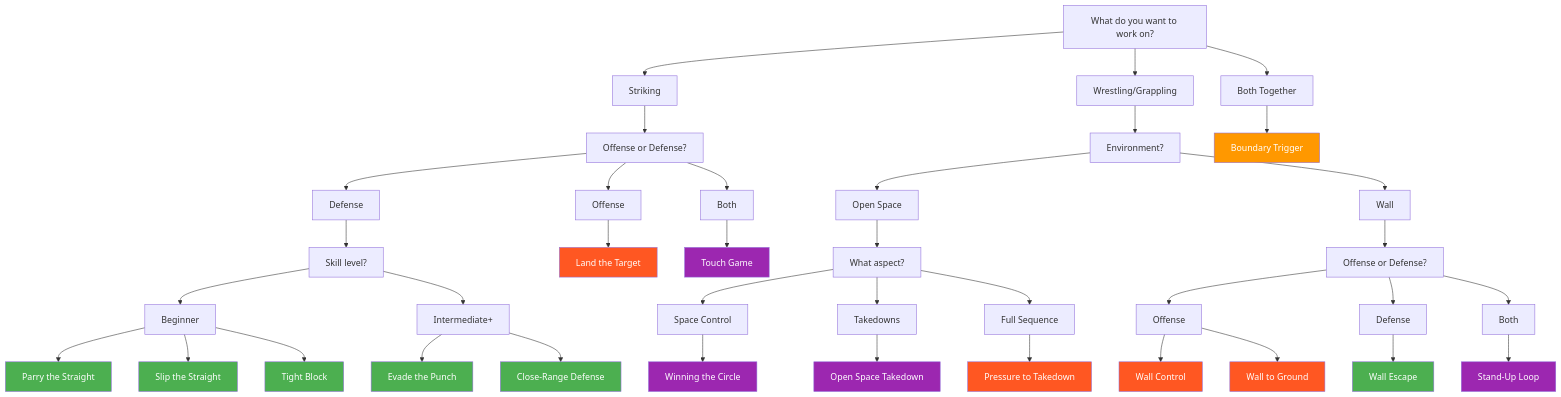
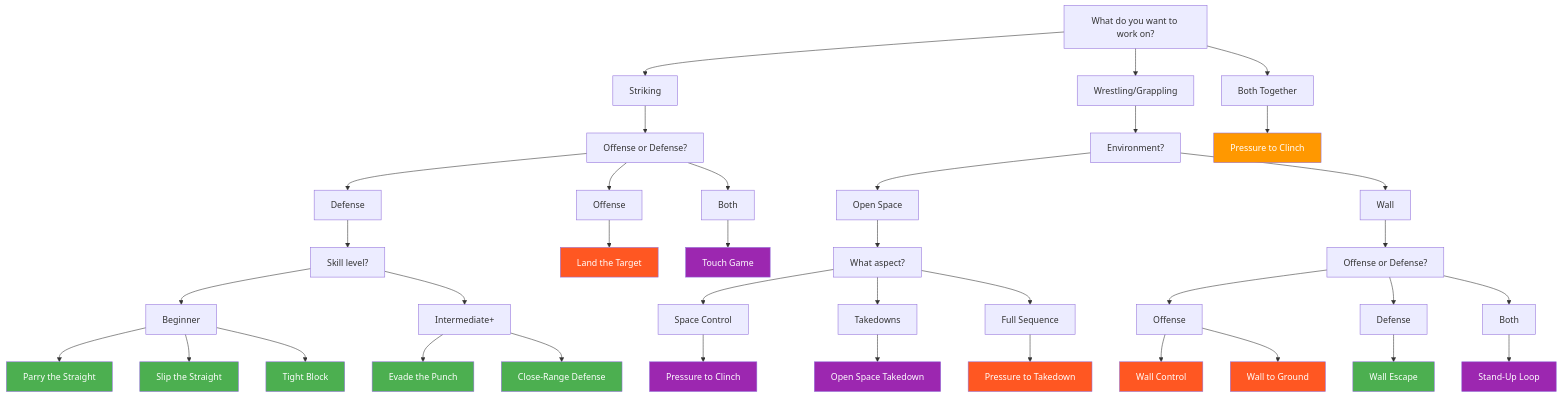
Before and after one commit to ACalienes/Ecological-MMA-Game-System: the diagram in docs/reference/game-finder.md, drawn with Mermaid. The commit also changed other lines of this file and 62 other files, not shown here.

````diff
--- a/docs/reference/game-finder.md
+++ b/docs/reference/game-finder.md
@@ -9,67 +9,67 @@
 ```mermaid
 flowchart TD
     START[What do you want to work on?] --> STRIKING[Striking]
     START --> WRESTLING[Wrestling/Grappling]
     START --> BOTH[Both Together]
 
     STRIKING --> S_FOCUS[Offense or Defense?]
     S_FOCUS --> S_DEF[Defense]
     S_FOCUS --> S_OFF[Offense]
     S_FOCUS --> S_BOTH[Both]
 
     S_DEF --> S_DEF_LEVEL[Skill level?]
     S_DEF_LEVEL --> S_DEF_BEG[Beginner]
     S_DEF_LEVEL --> S_DEF_INT[Intermediate+]
 
     S_DEF_BEG --> PARRY[Parry the Straight]
     S_DEF_BEG --> SLIP[Slip the Straight]
     S_DEF_BEG --> TIGHT[Tight Block]
 
     S_DEF_INT --> EVADE[Evade the Punch]
     S_DEF_INT --> CRD[Close-Range Defense]
 
     S_OFF --> LT[Land the Target]
 
     S_BOTH --> TOUCH[Touch Game]
 
     WRESTLING --> W_ENV[Environment?]
     W_ENV --> W_OPEN[Open Space]
     W_ENV --> W_WALL[Wall]
 
     W_OPEN --> W_OPEN_Q[What aspect?]
     W_OPEN_Q --> W_SPACE[Space Control]
     W_OPEN_Q --> W_TD[Takedowns]
     W_OPEN_Q --> W_FULL[Full Sequence]
 
-    W_SPACE --> CIRCLE[Winning the Circle]
+    W_SPACE --> PC[Pressure to Clinch]
     W_TD --> OST[Open Space Takedown]
     W_FULL --> PTT[Pressure to Takedown]
 
     W_WALL --> W_WALL_Q[Offense or Defense?]
     W_WALL_Q --> W_WALL_OFF[Offense]
     W_WALL_Q --> W_WALL_DEF[Defense]
     W_WALL_Q --> W_WALL_BOTH[Both]
 
     W_WALL_OFF --> WCON[Wall Control]
     W_WALL_OFF --> WG[Wall to Ground]
     W_WALL_DEF --> WE[Wall Escape]
     W_WALL_BOTH --> SUL[Stand-Up Loop]
 
-    BOTH --> BT[Boundary Trigger]
+    BOTH --> PC2[Pressure to Clinch]
 
     style PARRY fill:#4CAF50,color:#fff
     style SLIP fill:#4CAF50,color:#fff
     style TIGHT fill:#4CAF50,color:#fff
     style EVADE fill:#4CAF50,color:#fff
     style CRD fill:#4CAF50,color:#fff
     style LT fill:#FF5722,color:#fff
     style TOUCH fill:#9C27B0,color:#fff
-    style CIRCLE fill:#9C27B0,color:#fff
+    style PC fill:#9C27B0,color:#fff
     style OST fill:#9C27B0,color:#fff
     style PTT fill:#FF5722,color:#fff
     style WCON fill:#FF5722,color:#fff
     style WG fill:#FF5722,color:#fff
     style WE fill:#4CAF50,color:#fff
     style SUL fill:#9C27B0,color:#fff
-    style BT fill:#FF9800,color:#fff
+    style PC2 fill:#FF9800,color:#fff
 ```
````
